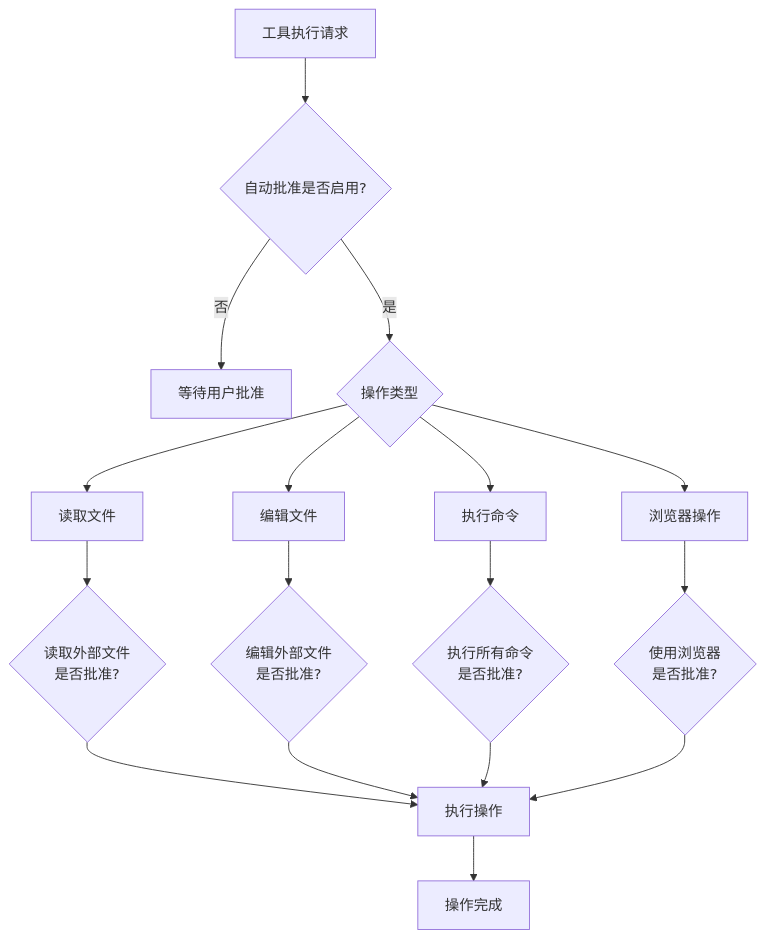
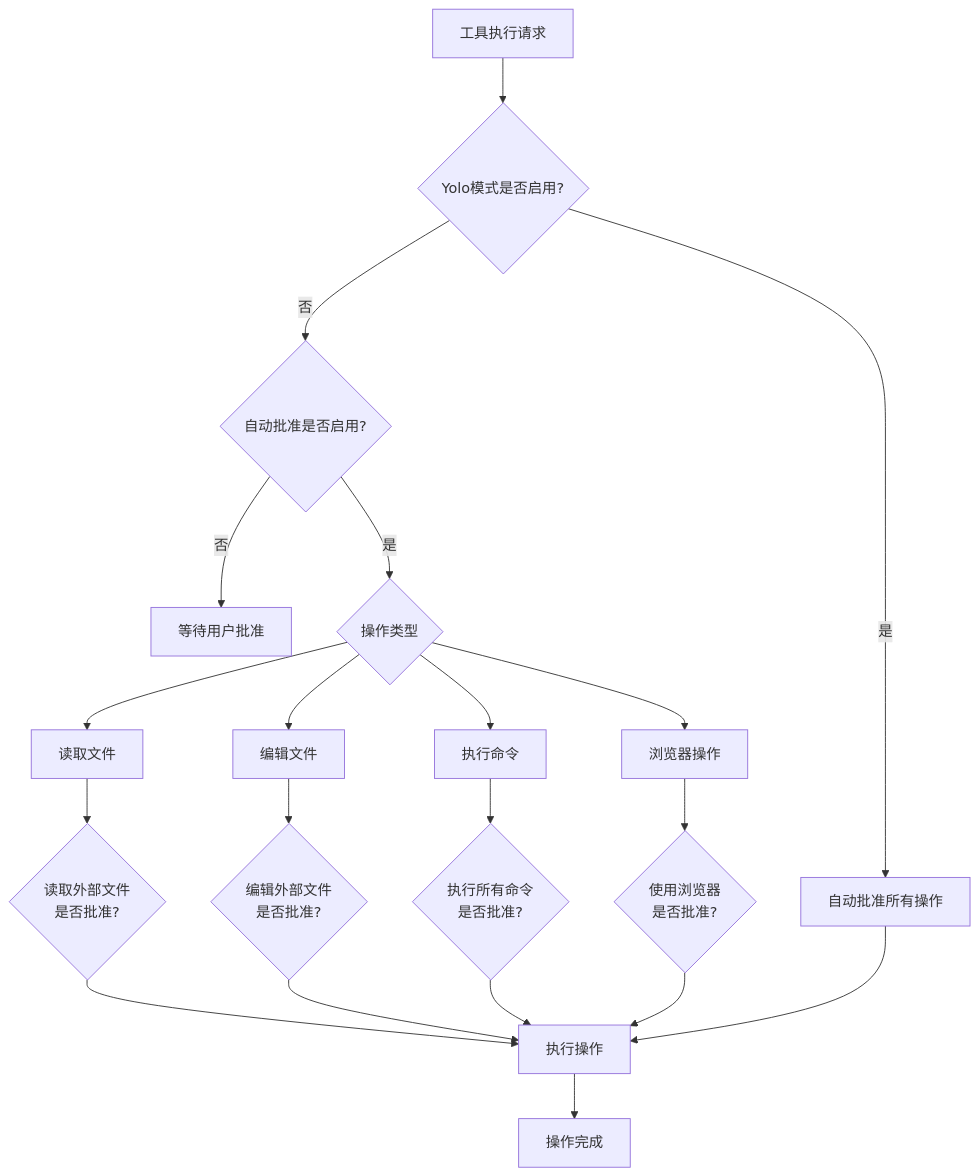
The second of 4 diagrams in .qoder/repowiki/zh/content/核心功能/核心功能.md (fix-echo/cline), drawn with Mermaid before and after one commit. The commit also changed other lines of this file and 17 other files, not shown here.

````diff
--- a/.qoder/repowiki/zh/content/核心功能/核心功能.md
+++ b/.qoder/repowiki/zh/content/核心功能/核心功能.md
@@ -79,19 +100,22 @@
 ```mermaid
 graph TD
-A[工具执行请求] --> B{自动批准是否启用?}
-B --> |否| C[等待用户批准]
-B --> |是| D{操作类型}
-D --> E[读取文件]
-D --> F[编辑文件]
-D --> G[执行命令]
-D --> H[浏览器操作]
-E --> I{读取外部文件<br/>是否批准?}
-F --> J{编辑外部文件<br/>是否批准?}
-G --> K{执行所有命令<br/>是否批准?}
-H --> L{使用浏览器<br/>是否批准?}
-I --> M[执行操作]
-J --> M
-K --> M
-L --> M
-M --> N[操作完成]
+A[工具执行请求] --> B{Yolo模式是否启用?}
+B --> |是| C[自动批准所有操作]
+B --> |否| D{自动批准是否启用?}
+D --> |否| E[等待用户批准]
+D --> |是| F{操作类型}
+F --> G[读取文件]
+F --> H[编辑文件]
+F --> I[执行命令]
+F --> J[浏览器操作]
+G --> K{读取外部文件<br/>是否批准?}
+H --> L{编辑外部文件<br/>是否批准?}
+I --> M{执行所有命令<br/>是否批准?}
+J --> N{使用浏览器<br/>是否批准?}
+K --> O[执行操作]
+L --> O
+M --> O
+N --> O
+C --> O
+O --> P[操作完成]
 ```
````
